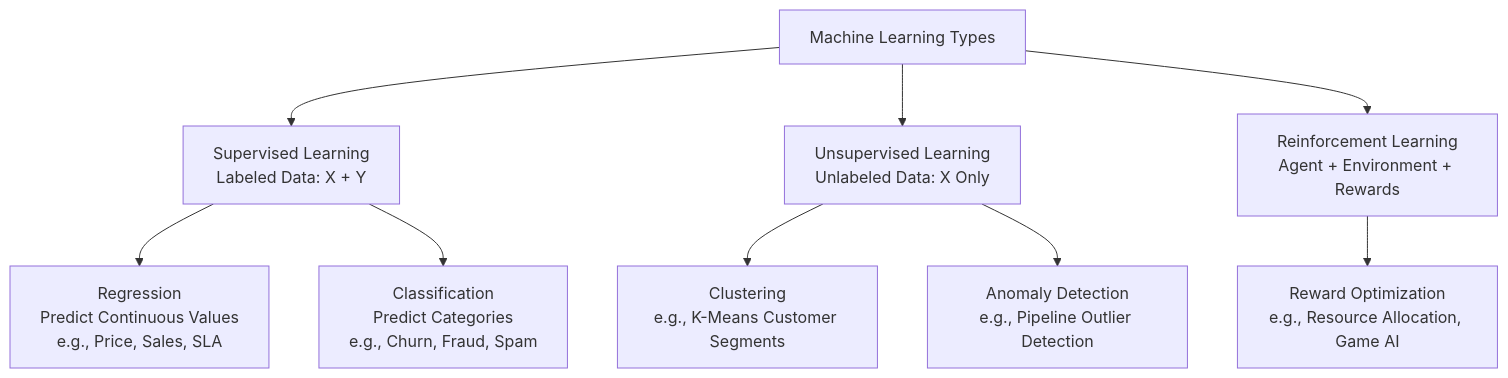
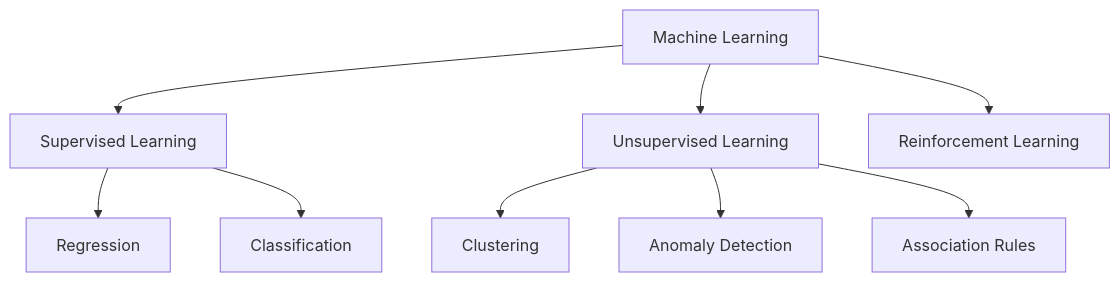
The eighth of 31 diagrams in Module_07-AI Fundamentals For DE/Class 1 - AI Fundamentals/AI_Fundamentals_For_Data_Engineering.md (rohanhrk/data-engineering-notes-2026), drawn with Mermaid before and after one commit. The commit also changed other lines of this file and 3 other files, not shown here.

````diff
--- a/Module_07-AI Fundamentals For DE/Class 1 - AI Fundamentals/AI_Fundamentals_For_Data_Engineering.md
+++ b/Module_07-AI Fundamentals For DE/Class 1 - AI Fundamentals/AI_Fundamentals_For_Data_Engineering.md
@@ -218,15 +284,14 @@
-```mermaid
+``` mermaid
 flowchart TD
-    ML[Machine Learning Types]
-    ML --> Supervised[Supervised Learning<br/>Labeled Data: X + Y]
-    ML --> Unsupervised[Unsupervised Learning<br/>Unlabeled Data: X Only]
-    ML --> RL[Reinforcement Learning<br/>Agent + Environment + Rewards]
+    ML[Machine Learning]
+    ML --> S[Supervised Learning]
+    ML --> U[Unsupervised Learning]
+    ML --> R[Reinforcement Learning]
 
-    Supervised --> Reg[Regression<br/>Predict Continuous Values<br/>e.g., Price, Sales, SLA]
-    Supervised --> Class[Classification<br/>Predict Categories<br/>e.g., Churn, Fraud, Spam]
+    S --> SR[Regression]
+    S --> SC[Classification]
 
-    Unsupervised --> Cluster[Clustering<br/>e.g., K-Means Customer Segments]
-    Unsupervised --> Anomaly[Anomaly Detection<br/>e.g., Pipeline Outlier Detection]
-
-    RL --> Agent[Reward Optimization<br/>e.g., Resource Allocation, Game AI]
+    U --> UC[Clustering]
+    U --> UA[Anomaly Detection]
+    U --> UAR[Association Rules]
 ```
````
